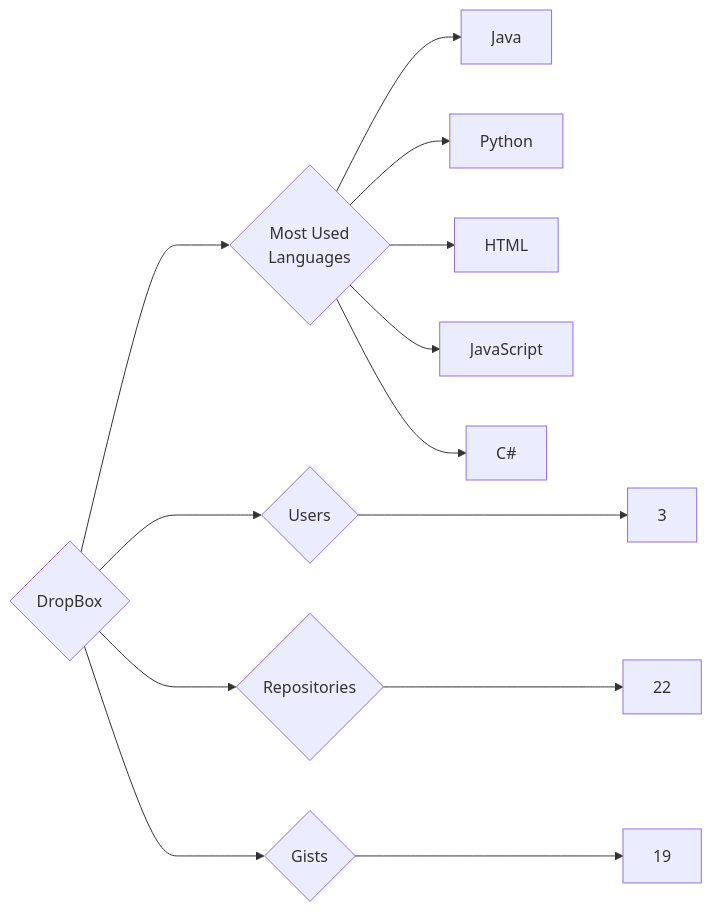
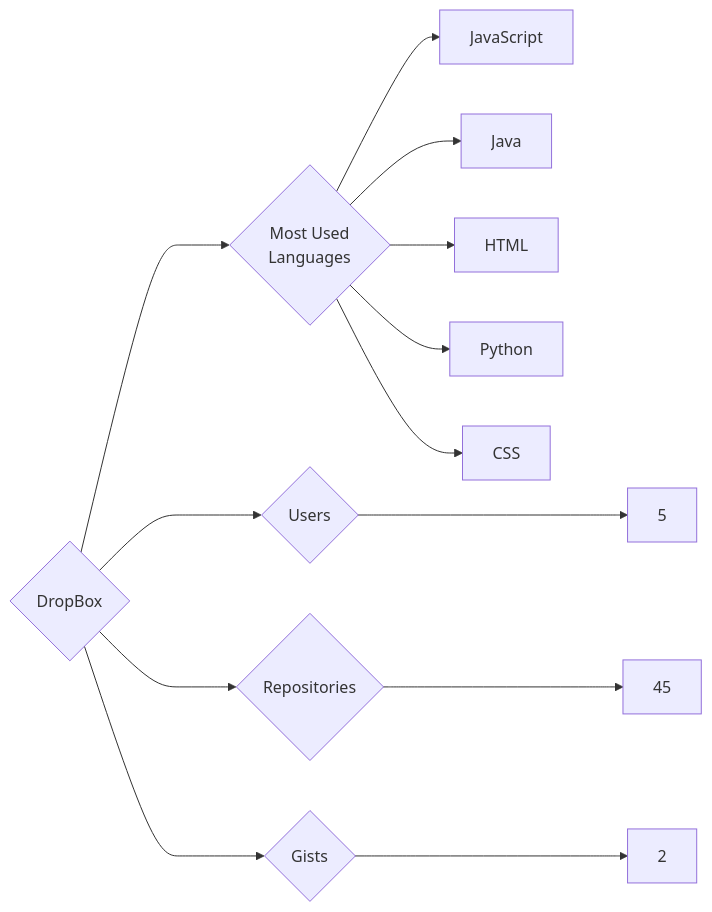
One commit to trickest/insiders changed the diagram in targets/DropBox/README.md. Above: the diagram before and after it, drawn with Mermaid. The commit also changed 1092 other files, not shown here.

````diff
--- a/targets/DropBox/README.md
+++ b/targets/DropBox/README.md
@@ -3,13 +3,13 @@
 ```mermaid
 graph LR
 COMPANY_NAME{DropBox}
-COMPANY_NAME ---> U{Users} ---> UN[3]
-COMPANY_NAME ---> R{Repositories} ---> RN[22]
-COMPANY_NAME ---> G{Gists} ---> GN[19]
+COMPANY_NAME ---> U{Users} ---> UN[5]
+COMPANY_NAME ---> R{Repositories} ---> RN[45]
+COMPANY_NAME ---> G{Gists} ---> GN[2]
 COMPANY_NAME ---> ML{Most Used<br>Languages}
+ML --> JavaScript[JavaScript]
 ML --> Java[Java]
+ML --> HTML[HTML]
 ML --> Python[Python]
-ML --> HTML[HTML]
-ML --> JavaScript[JavaScript]
-ML --> C#[C#]
+ML --> CSS[CSS]
 ```
````
